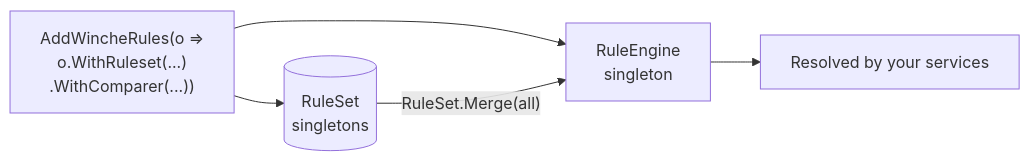
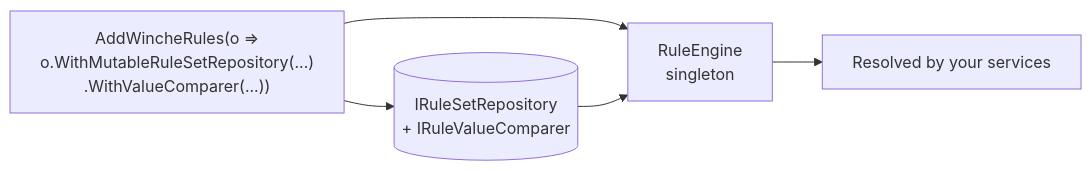
Before and after one commit to FlameOfUdun/winche-rules: the second of 5 diagrams in README.md, drawn with Mermaid. The commit also changed other lines of this file and 16 other files, not shown here.

First line of the commit message:
refactor!: finalize repository API — RuleSet* naming, keyed factory wiring, 3.0.0

````diff
--- a/README.md
+++ b/README.md
@@ -292,7 +294,7 @@
 ```mermaid
 flowchart LR
-    A["AddWincheRules(o =><br/>o.WithRuleset(...)<br/>.WithComparer(...))"] --> RS[("RuleSet<br/>singletons")]
+    A["AddWincheRules(o =><br/>o.WithMutableRuleSetRepository(...)<br/>.WithValueComparer(...))"] --> RS[("IRuleSetRepository<br/>+ IRuleValueComparer")]
     A --> RE["RuleEngine<br/>singleton"]
-    RS -->|"RuleSet.Merge(all)"| RE
+    RS --> RE
     RE --> App["Resolved by your services"]
 ```
````
